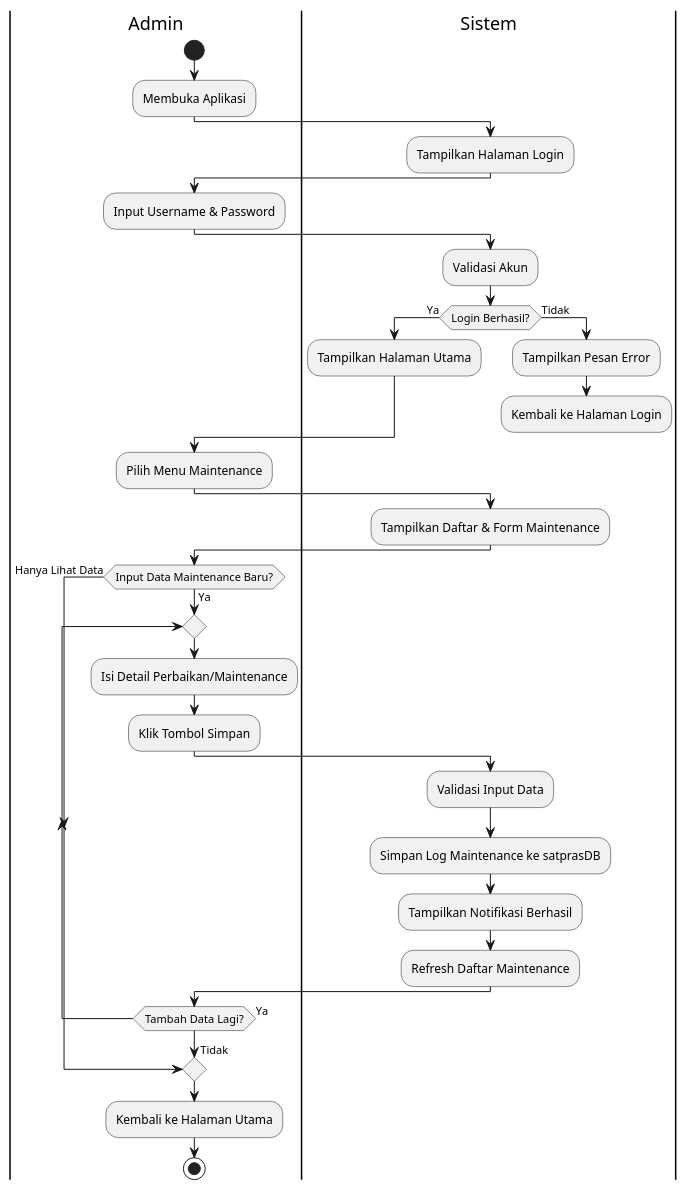
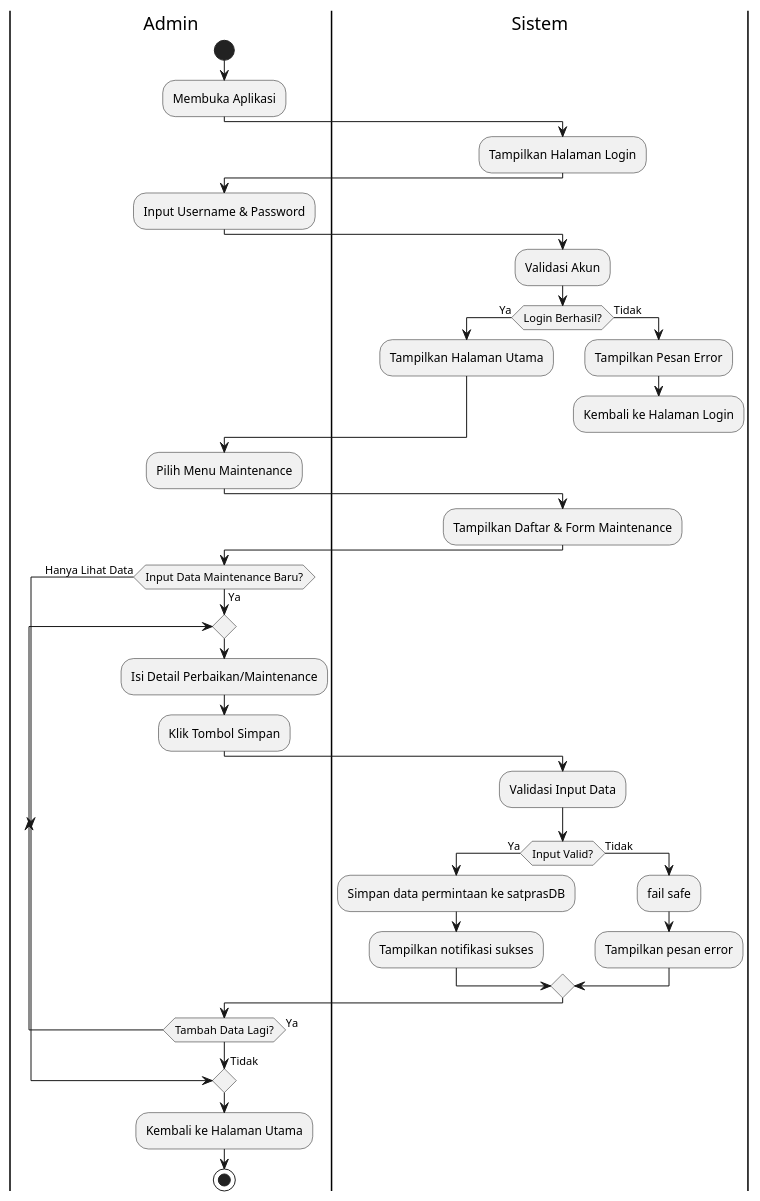
One commit to Fannandya/diagramPABD changed the diagram in Activity Diagram/activityMaintenance.puml. Above: the diagram before and after it, drawn with PlantUML.

Commit message:
update maintenance

```diff
--- a/Activity Diagram/activityMaintenance.puml
+++ b/Activity Diagram/activityMaintenance.puml
@@ -1,52 +1,56 @@
 @startuml activityMaintenance
 
 |Admin|
 start
 :Membuka Aplikasi;
 
 |Sistem|
 :Tampilkan Halaman Login;
 
 |Admin|
 :Input Username & Password;
 
 |Sistem|
 :Validasi Akun;
 if (Login Berhasil?) then (Ya)
   :Tampilkan Halaman Utama;
 else (Tidak)
   :Tampilkan Pesan Error;
   :Kembali ke Halaman Login;
   detach
 endif
 
 |Admin|
 :Pilih Menu Maintenance;
 
 |Sistem|
 :Tampilkan Daftar & Form Maintenance;
 
 |Admin|
 if (Input Data Maintenance Baru?) then (Ya)
   repeat
     |Admin|
     :Isi Detail Perbaikan/Maintenance;
     :Klik Tombol Simpan;
     
     |Sistem|
     :Validasi Input Data;
-    :Simpan Log Maintenance ke satprasDB;
-    :Tampilkan Notifikasi Berhasil;
-    :Refresh Daftar Maintenance;
+    if (Input Valid?) then (Ya)
+      :Simpan data permintaan ke satprasDB;
+      :Tampilkan notifikasi sukses;
+    else (Tidak)
+      :fail safe;
+      :Tampilkan pesan error;
+    endif
     
     |Admin|
   repeat while (Tambah Data Lagi?) is (Ya)
   ->Tidak;
 else (Hanya Lihat Data)
 endif
 
 |Admin|
 :Kembali ke Halaman Utama;
 stop
 
 @enduml
```
